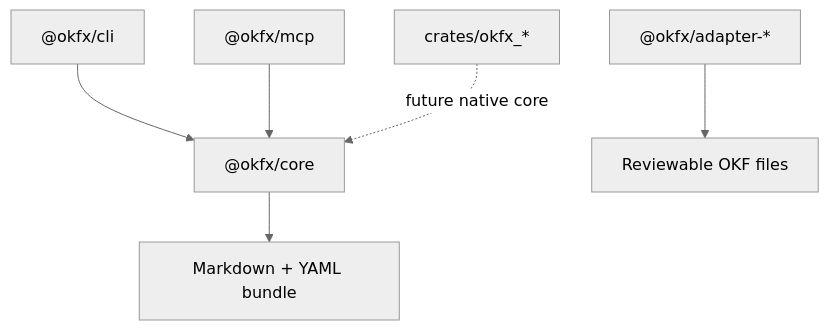
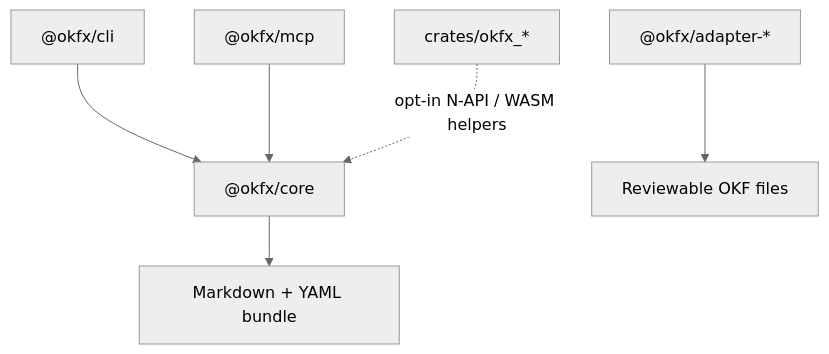
The diagram in docs/architecture/overview.md (okfx/okfx), drawn with Mermaid (neutral theme) before and after one commit. The commit also changed other lines of this file and 6 other files, not shown here.

Commit message:
fix(native): expose a working explicit WASM fallback

````diff
--- a/docs/architecture/overview.md
+++ b/docs/architecture/overview.md
@@ -30,8 +31,8 @@
 ```mermaid
 flowchart TD
   CLI["@okfx/cli"] --> Core["@okfx/core"]
   MCP["@okfx/mcp"] --> Core
   Adapters["@okfx/adapter-*"] --> Files["Reviewable OKF files"]
   Core --> Bundle["Markdown + YAML bundle"]
-  Rust["crates/okfx_*"] -. future native core .-> Core
+  Rust["crates/okfx_*"] -. opt-in N-API / WASM helpers .-> Core
 ```
````
